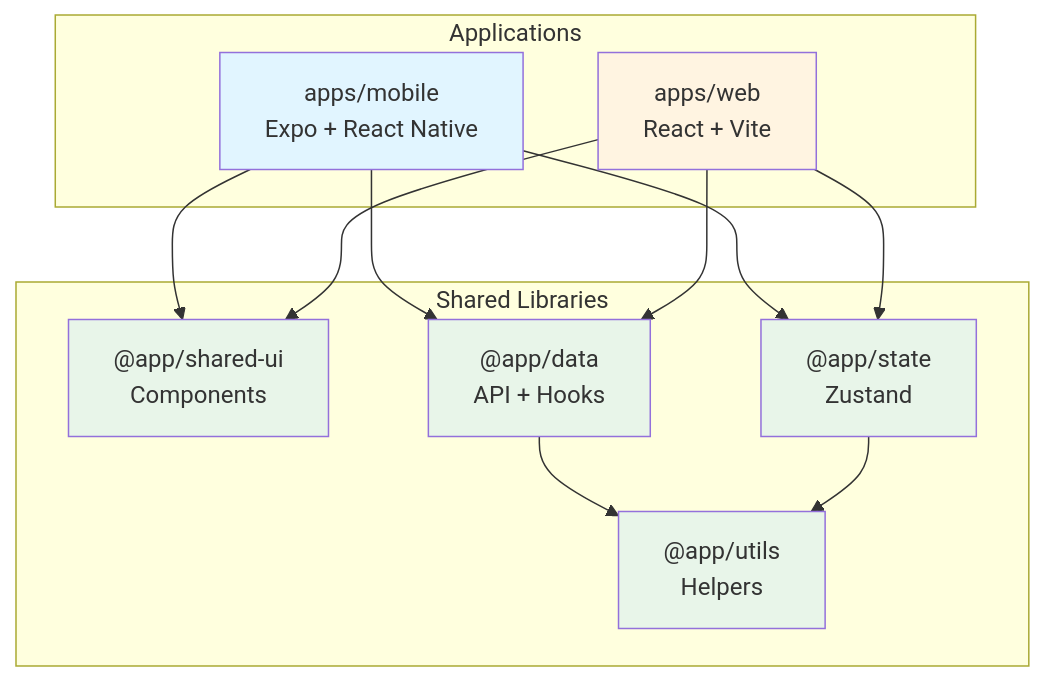
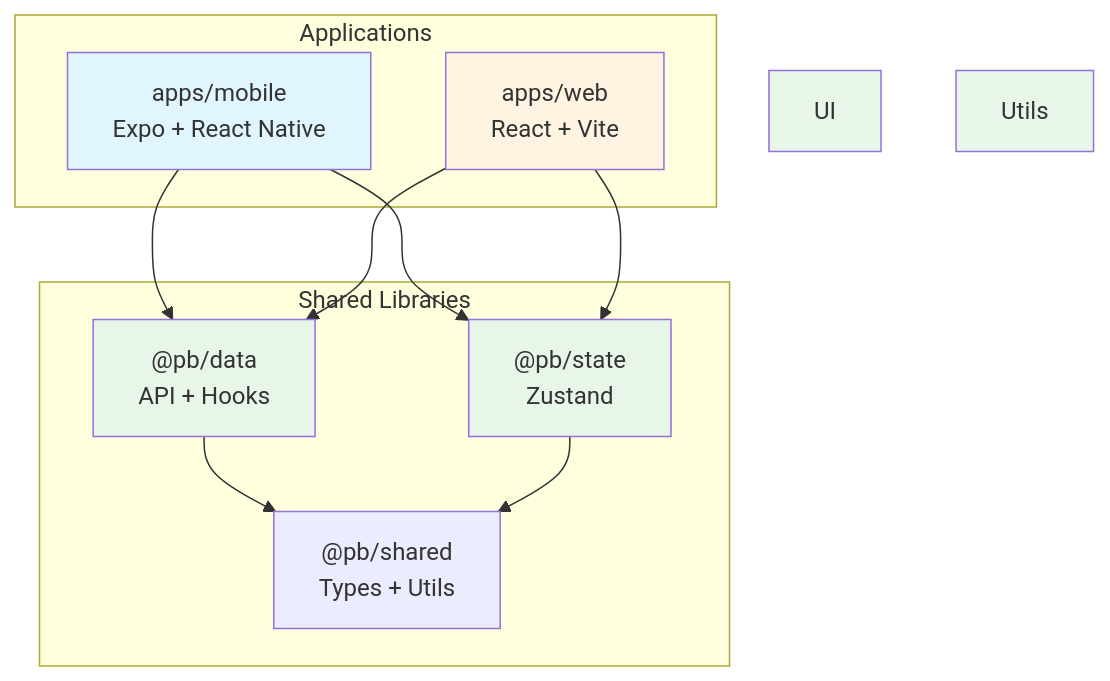
The second of 4 diagrams in ARCHITECTURE.md (willbnu/Product-Blueprint), drawn with Mermaid before and after one commit. The commit also changed other lines of this file and 8 other files, not shown here.

````diff
--- a/ARCHITECTURE.md
+++ b/ARCHITECTURE.md
@@ -229,35 +202,32 @@
 ```mermaid
 graph TD
     subgraph "Applications"
         Mobile["apps/mobile<br/>Expo + React Native"]
         Web["apps/web<br/>React + Vite"]
     end
 
     subgraph "Shared Libraries"
-        UI["@app/shared-ui<br/>Components"]
-        Data["@app/data<br/>API + Hooks"]
-        State["@app/state<br/>Zustand"]
-        Utils["@app/utils<br/>Helpers"]
+        Data["@pb/data<br/>API + Hooks"]
+        State["@pb/state<br/>Zustand"]
+        Shared["@pb/shared<br/>Types + Utils"]
     end
 
-    Mobile --> UI
     Mobile --> Data
     Mobile --> State
 
-    Web --> UI
     Web --> Data
     Web --> State
 
-    Data --> Utils
-    State --> Utils
+    Data --> Shared
+    State --> Shared
 
     style Mobile fill:#e1f5ff
     style Web fill:#fff4e1
     style UI fill:#e8f5e9
     style Data fill:#e8f5e9
     style State fill:#e8f5e9
     style Utils fill:#e8f5e9
 
     classDef appNode fill:#e1f5ff,stroke:#333,stroke-width:2px
     classDef libNode fill:#e8f5e9,stroke:#333,stroke-width:1px
 ```
````
